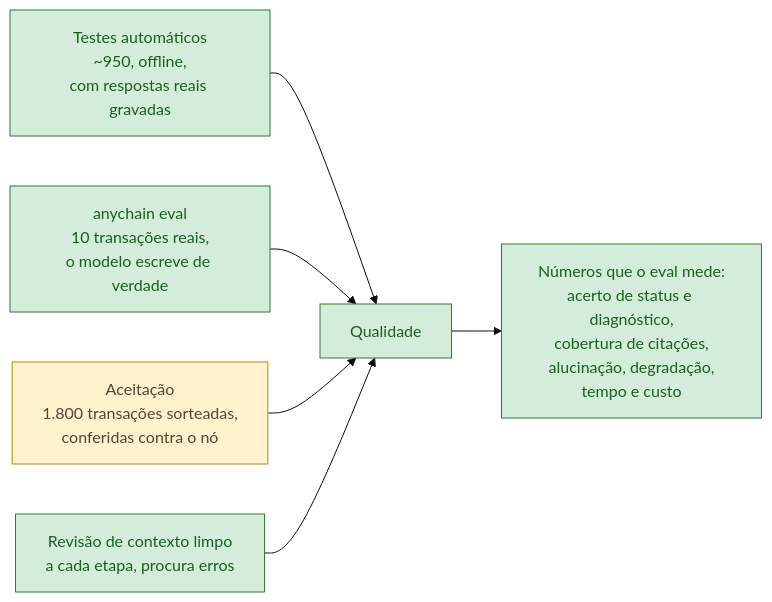
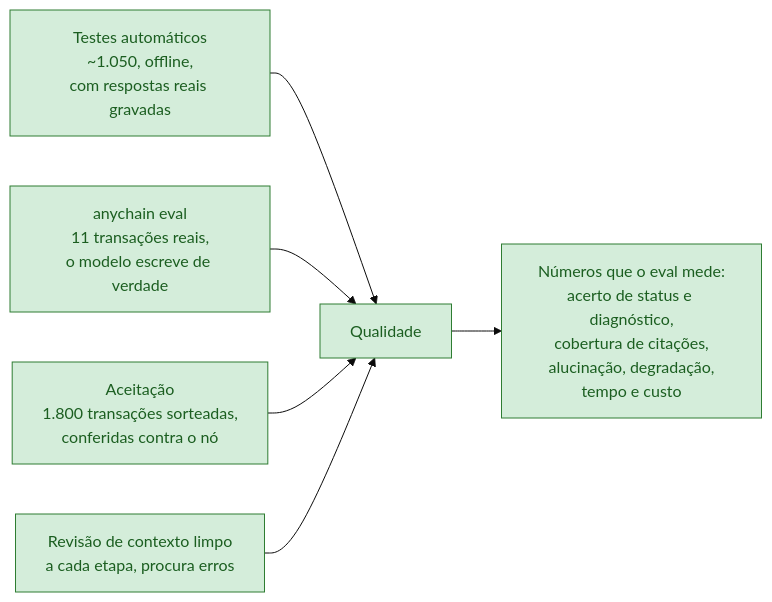
The sixth of 9 diagrams in docs/ARCHITECTURE.pt-BR.md (Ebaoj/anychain), drawn with Mermaid (base theme) before and after one commit. The commit also changed other lines of this file and 11 other files, not shown here.

First line of the commit message:
Deliverable up to date after D59-D67: README (page, full API, all metrics SQL, impact summary, mirror note, rounding), fresh samples and eval, architecture docs to D67; support prompt keeps token names and the inner error (D68)

````diff
--- a/docs/ARCHITECTURE.pt-BR.md
+++ b/docs/ARCHITECTURE.pt-BR.md
@@ -208,13 +208,12 @@
 ```mermaid
 flowchart LR
-    T["Testes automáticos<br/>~950, offline,<br/>com respostas reais gravadas"] --> Q["Qualidade"]
-    E["anychain eval<br/>10 transações reais,<br/>o modelo escreve de verdade"] --> Q
+    T["Testes automáticos<br/>~1.050, offline,<br/>com respostas reais gravadas"] --> Q["Qualidade"]
+    E["anychain eval<br/>11 transações reais,<br/>o modelo escreve de verdade"] --> Q
     A["Aceitação<br/>1.800 transações sorteadas,<br/>conferidas contra o nó"] --> Q
     V["Revisão de contexto limpo<br/>a cada etapa, procura erros"] --> Q
     Q --> M["Números que o eval mede:<br/>acerto de status e diagnóstico,<br/>cobertura de citações,<br/>alucinação, degradação,<br/>tempo e custo"]
 
     classDef done fill:#d4edda,stroke:#2e7d32,color:#1b5e20
     classDef next fill:#fff3cd,stroke:#b8860b,color:#5d4037
-    class T,E,V,Q,M done
-    class A next
+    class T,E,A,V,Q,M done
 ```
````
